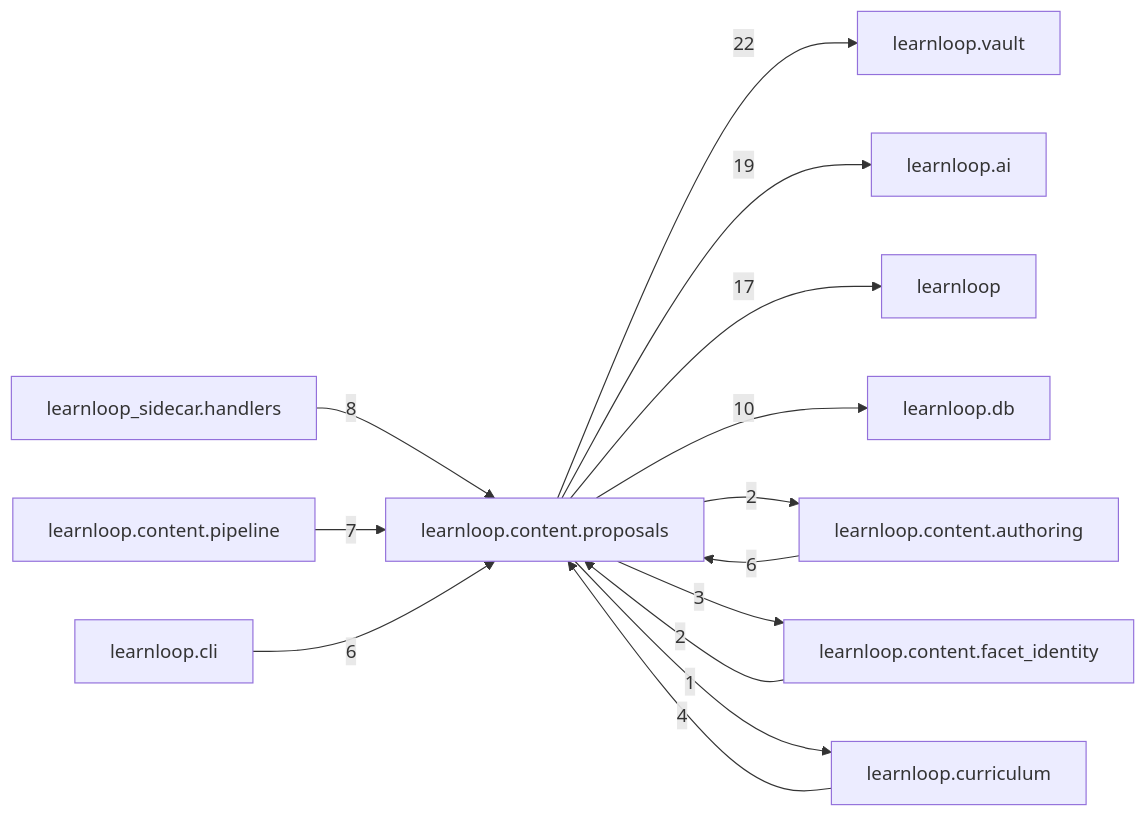
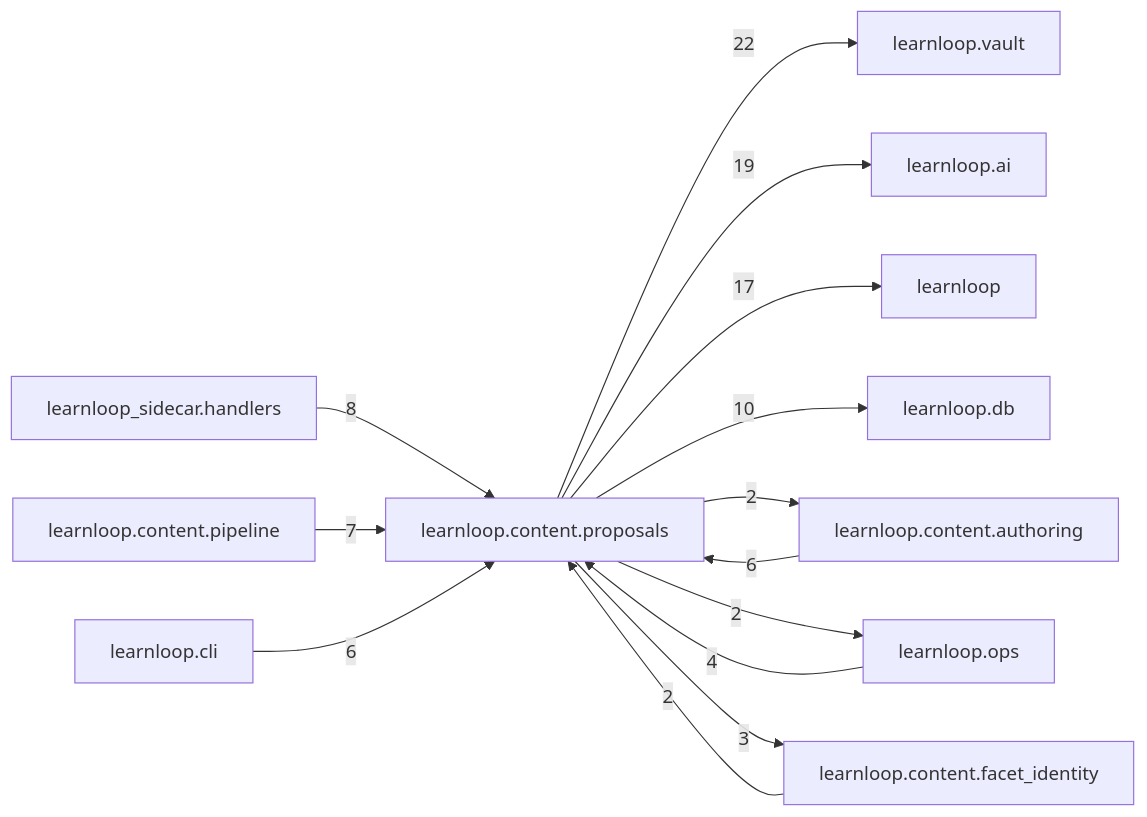
The diagram in docs/learnloop-architecture-vault/Reference/Modules/learnloop/content/proposals/_package.md (6up-b/learnanything), drawn with Mermaid before and after one commit. The commit also changed other lines of this file and 22 other files, not shown here.

````diff
--- a/docs/learnloop-architecture-vault/Reference/Modules/learnloop/content/proposals/_package.md
+++ b/docs/learnloop-architecture-vault/Reference/Modules/learnloop/content/proposals/_package.md
@@ -104,27 +104,27 @@
 ```mermaid
 flowchart LR
     center["learnloop.content.proposals"]
     n_learnloop_vault["learnloop.vault"]
     n_learnloop_ai["learnloop.ai"]
     n_learnloop["learnloop"]
     n_learnloop_db["learnloop.db"]
     n_learnloop_content_authoring["learnloop.content.authoring"]
     n_learnloop_sidecar_handlers["learnloop_sidecar.handlers"]
     n_learnloop_content_pipeline["learnloop.content.pipeline"]
     n_learnloop_cli["learnloop.cli"]
+    n_learnloop_ops["learnloop.ops"]
     n_learnloop_content_facet_identity["learnloop.content.facet_identity"]
-    n_learnloop_curriculum["learnloop.curriculum"]
     center -->|22| n_learnloop_vault
     center -->|19| n_learnloop_ai
     center -->|17| n_learnloop
     center -->|10| n_learnloop_db
     n_learnloop_content_authoring -->|6| center
     center -->|2| n_learnloop_content_authoring
     n_learnloop_sidecar_handlers -->|8| center
     n_learnloop_content_pipeline -->|7| center
     n_learnloop_cli -->|6| center
+    n_learnloop_ops -->|4| center
+    center -->|2| n_learnloop_ops
     n_learnloop_content_facet_identity -->|2| center
     center -->|3| n_learnloop_content_facet_identity
-    n_learnloop_curriculum -->|4| center
-    center -->|1| n_learnloop_curriculum
 ```
````
